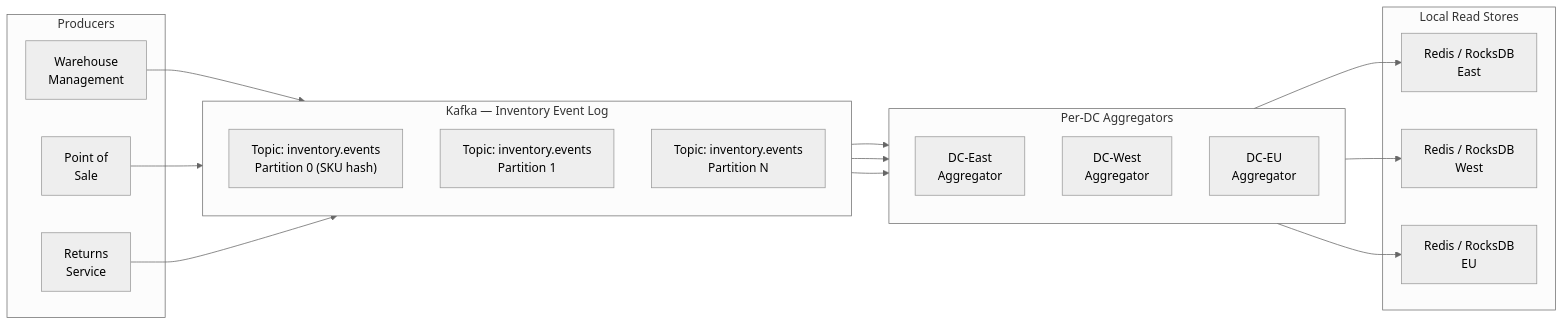
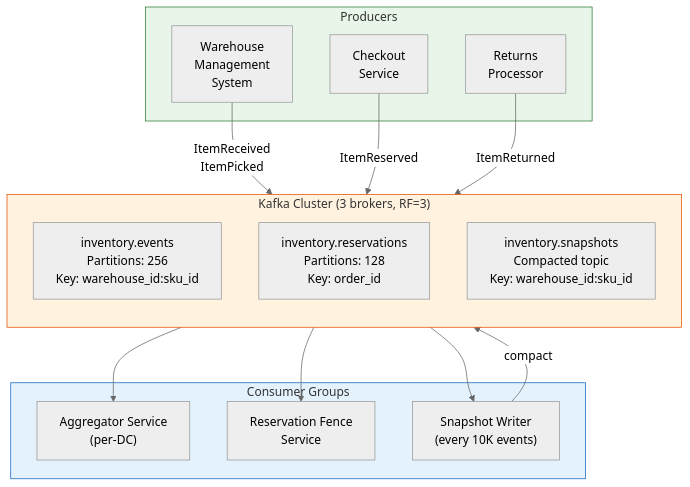
One commit to ashim-kr-saha/RustTraining changed the second of 5 diagrams in fulfillment-routing-book/src/ch01-distributed-inventory-ledger.md. Above: the diagram before and after it, drawn with Mermaid (neutral theme). The commit also changed other lines of this file and 15 other files, not shown here.

````diff
--- a/fulfillment-routing-book/src/ch01-distributed-inventory-ledger.md
+++ b/fulfillment-routing-book/src/ch01-distributed-inventory-ledger.md
@@ -44,35 +115,33 @@
 ```mermaid
-flowchart LR
+flowchart TB
     subgraph Producers
-        WMS["Warehouse<br/>Management"]
-        POS["Point of<br/>Sale"]
-        RET["Returns<br/>Service"]
+        WMS["Warehouse<br/>Management<br/>System"]
+        CHECKOUT["Checkout<br/>Service"]
+        RETURNS["Returns<br/>Processor"]
     end
 
-    subgraph EventBus["Kafka — Inventory Event Log"]
+    subgraph KafkaCluster["Kafka Cluster (3 brokers, RF=3)"]
         direction TB
-        T0["Topic: inventory.events<br/>Partition 0 (SKU hash)"]
-        T1["Topic: inventory.events<br/>Partition 1"]
-        TN["Topic: inventory.events<br/>Partition N"]
+        T1["inventory.events<br/>Partitions: 256<br/>Key: warehouse_id:sku_id"]
+        T2["inventory.reservations<br/>Partitions: 128<br/>Key: order_id"]
+        T3["inventory.snapshots<br/>Compacted topic<br/>Key: warehouse_id:sku_id"]
     end
 
-    subgraph Consumers["Per-DC Aggregators"]
-        direction TB
-        DC1["DC-East<br/>Aggregator"]
-        DC2["DC-West<br/>Aggregator"]
-        DC3["DC-EU<br/>Aggregator"]
+    subgraph Consumers["Consumer Groups"]
+        AGG["Aggregator Service<br/>(per-DC)"]
+        FENCE["Reservation Fence<br/>Service"]
+        SNAP["Snapshot Writer<br/>(every 10K events)"]
     end
 
-    subgraph ReadPath["Local Read Stores"]
-        R1["Redis / RocksDB<br/>East"]
-        R2["Redis / RocksDB<br/>West"]
-        R3["Redis / RocksDB<br/>EU"]
-    end
+    WMS -->|"ItemReceived<br/>ItemPicked"| T1
+    CHECKOUT -->|"ItemReserved"| T1
+    RETURNS -->|"ItemReturned"| T1
+    T1 --> AGG
+    T1 --> FENCE
+    T1 --> SNAP
+    SNAP -->|"compact"| T3
 
-    WMS --> EventBus
-    POS --> EventBus
-    RET --> EventBus
-    EventBus --> DC1 --> R1
-    EventBus --> DC2 --> R2
-    EventBus --> DC3 --> R3
+    style Producers fill:#e8f5e9,stroke:#2e7d32
+    style KafkaCluster fill:#fff3e0,stroke:#e65100
+    style Consumers fill:#e3f2fd,stroke:#1565c0
 ```
````
